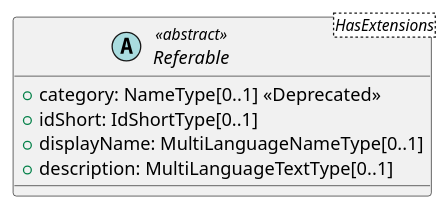
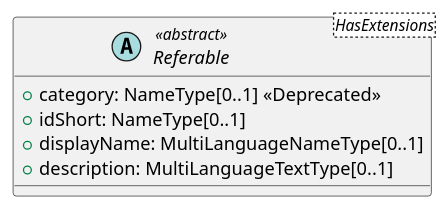
Before and after one commit to admin-shell-io/aas-specs: the diagram in documentation/IDTA-01001/modules/ROOT/partials/diagrams/classes/referable.puml, drawn with PlantUML.

Commit message:
correct Type: NameType instead of IdShortType

```diff
--- a/documentation/IDTA-01001/modules/ROOT/partials/diagrams/classes/referable.puml
+++ b/documentation/IDTA-01001/modules/ROOT/partials/diagrams/classes/referable.puml
@@ -1,8 +1,8 @@
 @startuml
 abstract class Referable<HasExtensions> <<abstract>> {
   +category: NameType[0..1] <<Deprecated>>
-  +idShort: IdShortType[0..1]
+  +idShort: NameType[0..1]
   +displayName: MultiLanguageNameType[0..1]
   +description: MultiLanguageTextType[0..1]
 }
 @enduml
```
